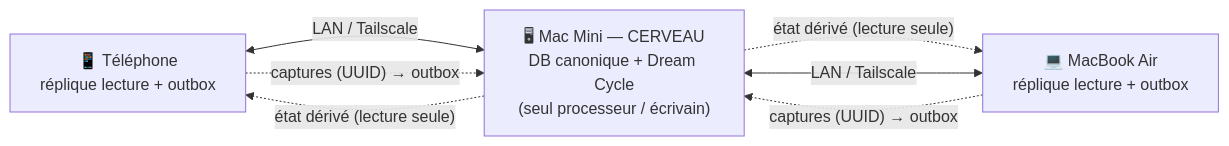
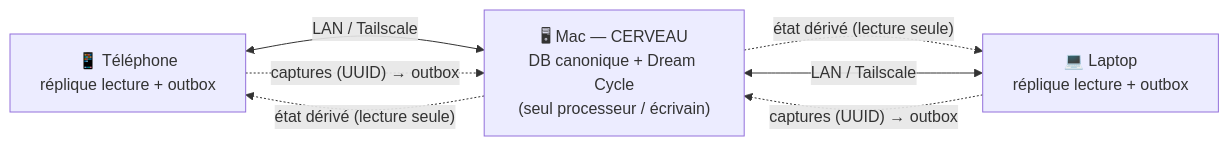
Before and after one commit to alexisraitano-myffu/synapse: the first of 5 diagrams in docs/ARCHITECTURE.md, drawn with Mermaid. The commit also changed other lines of this file and 4 other files, not shown here.

First line of the commit message:
docs: bring the public docs up to date (README, ARCHITECTURE, engine map)

````diff
--- a/docs/ARCHITECTURE.md
+++ b/docs/ARCHITECTURE.md
@@ -13,14 +13,14 @@
 ```mermaid
 flowchart LR
     Phone["📱 Téléphone<br/>réplique lecture + outbox"]
-    Air["💻 MacBook Air<br/>réplique lecture + outbox"]
-    Mini["🖥 Mac Mini — CERVEAU<br/>DB canonique + Dream Cycle<br/>(seul processeur / écrivain)"]
+    Air["💻 Laptop<br/>réplique lecture + outbox"]
+    Mini["🖥 Mac — CERVEAU<br/>DB canonique + Dream Cycle<br/>(seul processeur / écrivain)"]
 
     Phone <-->|"LAN / Tailscale"| Mini
     Air <-->|"LAN / Tailscale"| Mini
 
     Phone -.->|"captures (UUID) → outbox"| Mini
     Air -.->|"captures (UUID) → outbox"| Mini
     Mini -.->|"état dérivé (lecture seule)"| Phone
     Mini -.->|"état dérivé (lecture seule)"| Air
 ```
````
